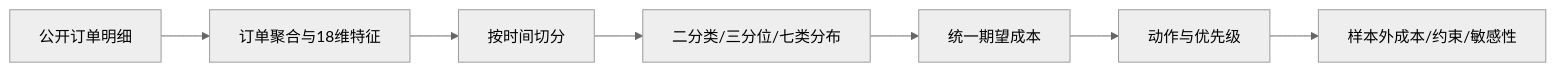
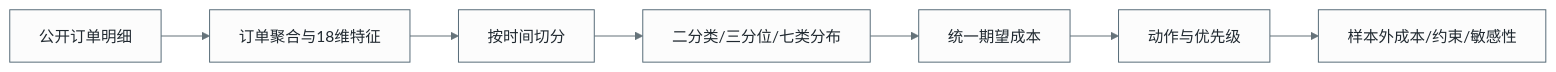
The diagram in README.md (lingtao-meng/supply-chain-ml-pipeline), drawn with Mermaid (neutral theme) before and after one commit. The commit also changed other lines of this file and 35 other files, not shown here.

Commit message:
重绘交付风险与干预成本图，区分总体及组内排序

````diff
--- a/README.md
+++ b/README.md
@@ -34,9 +34,11 @@
 ```mermaid
 flowchart LR
   A[公开订单明细] --> B[订单聚合与18维特征]
   B --> C[按时间切分]
   C --> D[二分类/三分位/七类分布]
   D --> E[统一期望成本]
   E --> F[动作与优先级]
   F --> G[样本外成本/约束/敏感性]
+    classDef default fill:#fcfcfc,stroke:#536875,color:#202930,stroke-width:1px
+    linkStyle default stroke:#65737a,stroke-width:1.1px
 ```
````
